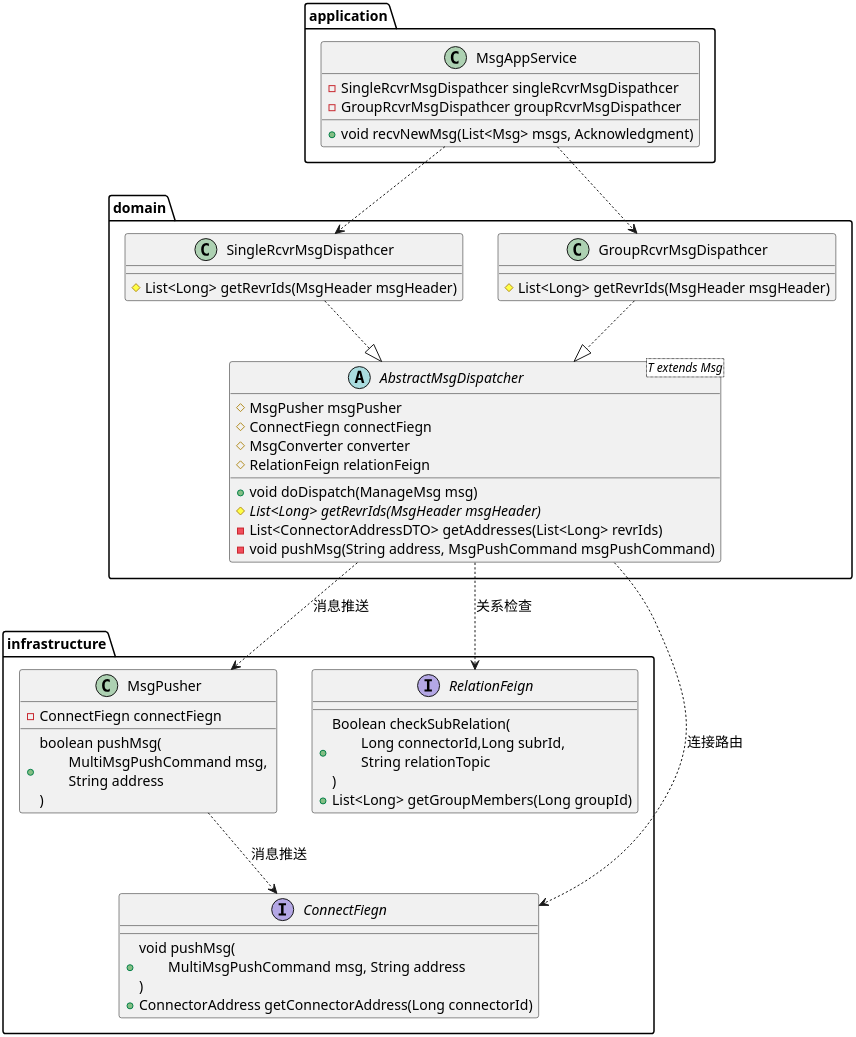
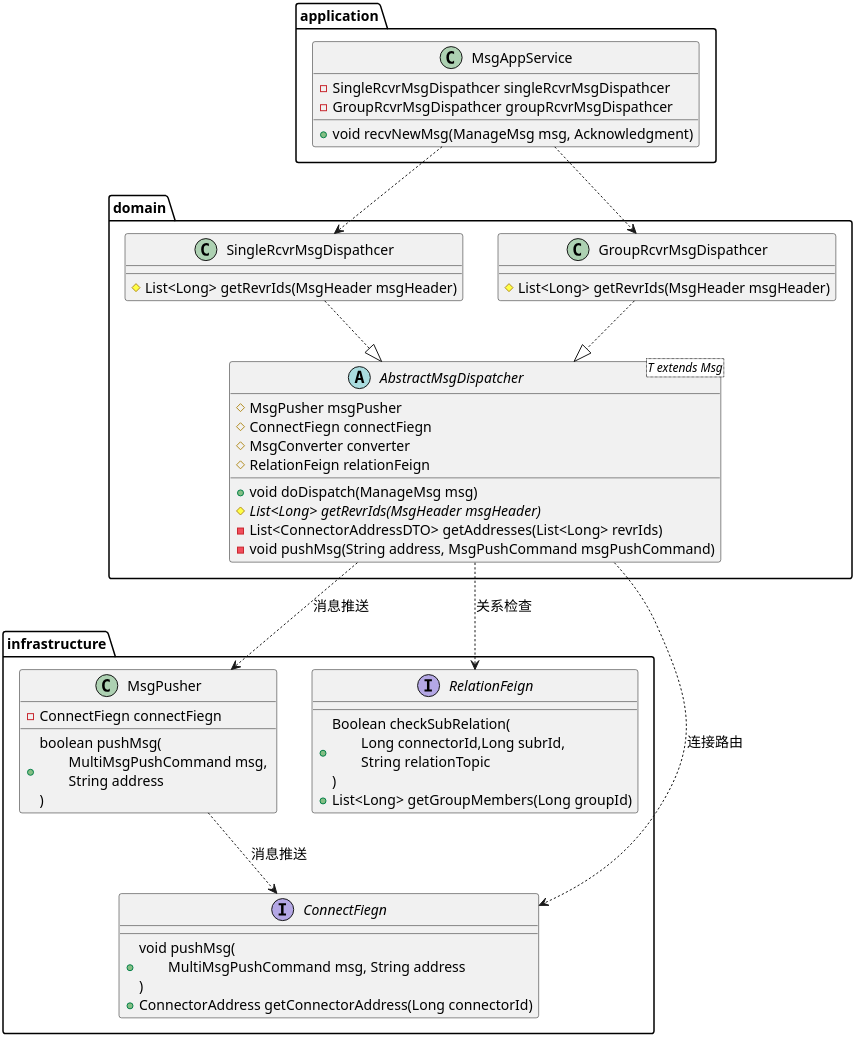
Before and after one commit to Etherealss/MessagePusher: the diagram in uml/msg-manager/消息推送 批量推送.puml, drawn with PlantUML. The commit also changed 10 other files, not shown here.

Commit message:
feature: uml

```diff
--- a/uml/msg-manager/消息推送 批量推送.puml
+++ b/uml/msg-manager/消息推送 批量推送.puml
@@ -1,69 +1,69 @@
 @startuml
 'https://plantuml.com/sequence-diagram
 skinparam shadowing false
 skinparam defaultFontName xfonts-wqy
 skinparam dpi 300
 skinparam activity  {
     DiamondFontSize 14
     ArrowFontSize 14
     FontSize 14
 }
 package application {
     class MsgAppService {
         - SingleRcvrMsgDispathcer singleRcvrMsgDispathcer
         - GroupRcvrMsgDispathcer groupRcvrMsgDispathcer
-        + void recvNewMsg(List<Msg> msgs, Acknowledgment)
+        + void recvNewMsg(ManageMsg msg, Acknowledgment)
     }
 }
 
 package domain {
     abstract class AbstractMsgDispatcher<T extends Msg> {
         # MsgPusher msgPusher
         # ConnectFiegn connectFiegn
         # MsgConverter converter
         # RelationFeign relationFeign
         + void doDispatch(ManageMsg msg)
         # {abstract} List<Long> getRevrIds(MsgHeader msgHeader)
         - List<ConnectorAddressDTO> getAddresses(List<Long> revrIds)
         - void pushMsg(String address, MsgPushCommand msgPushCommand)
     }
 
     class SingleRcvrMsgDispathcer{
         # List<Long> getRevrIds(MsgHeader msgHeader)
     }
 
     class GroupRcvrMsgDispathcer {
         # List<Long> getRevrIds(MsgHeader msgHeader)
     }
 }
 
 package infrastructure {
     interface RelationFeign {
         + Boolean checkSubRelation(\n\tLong connectorId,Long subrId,\n\tString relationTopic\n)
         + List<Long> getGroupMembers(Long groupId)
     }
 
     interface ConnectFiegn {
         + void pushMsg(\n\tMultiMsgPushCommand msg, String address\n)
         + ConnectorAddress getConnectorAddress(Long connectorId)
     }
 
     class MsgPusher {
         - ConnectFiegn connectFiegn
         + boolean pushMsg(\n\tMultiMsgPushCommand msg, \n\tString address\n)
     }
 }
 
 MsgAppService ..> SingleRcvrMsgDispathcer
 MsgAppService ..> GroupRcvrMsgDispathcer
 
 AbstractMsgDispatcher .> MsgPusher: 消息推送
 AbstractMsgDispatcher ..> RelationFeign: 关系检查
 AbstractMsgDispatcher .> ConnectFiegn: 连接路由
 
 MsgPusher ..> ConnectFiegn: 消息推送
 
 SingleRcvrMsgDispathcer ..|> AbstractMsgDispatcher
 GroupRcvrMsgDispathcer ..|> AbstractMsgDispatcher
 
 @enduml
```
